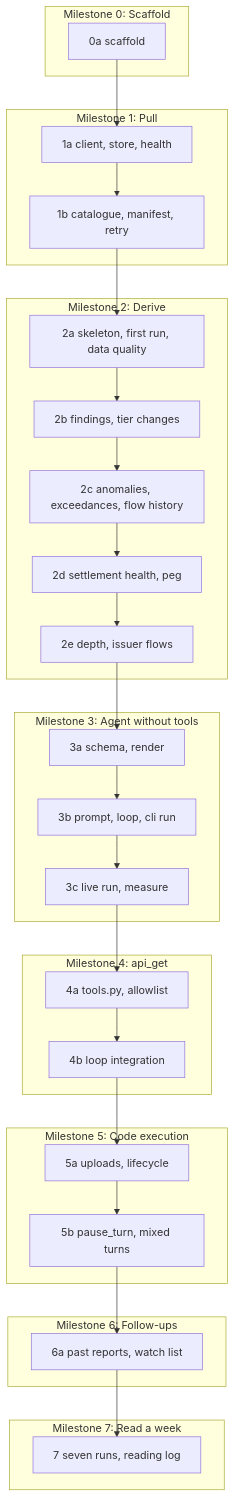
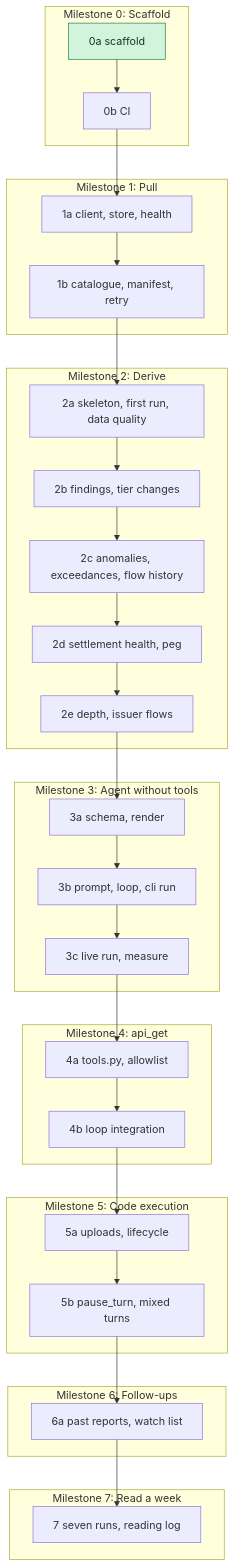
The diagram in docs/BUILD-PLAN.md (Jason-Dorman/agentic-liquidity-app-reporter), drawn with Mermaid before and after one commit. The commit also changed other lines of this file and 4 other files, not shown here.

````diff
--- a/docs/BUILD-PLAN.md
+++ b/docs/BUILD-PLAN.md
@@ -12,38 +12,42 @@
 ```mermaid
 flowchart TD
     subgraph M0["Milestone 0: Scaffold"]
-        P0a["0a scaffold"]
+        P0a["0a scaffold"] --> P0b["0b CI"]
     end
     subgraph M1["Milestone 1: Pull"]
         P1a["1a client, store, health"] --> P1b["1b catalogue, manifest, retry"]
     end
     subgraph M2["Milestone 2: Derive"]
         P2a["2a skeleton, first run, data quality"] --> P2b["2b findings, tier changes"]
         P2b --> P2c["2c anomalies, exceedances, flow history"]
         P2c --> P2d["2d settlement health, peg"]
         P2d --> P2e["2e depth, issuer flows"]
     end
     subgraph M3["Milestone 3: Agent without tools"]
         P3a["3a schema, render"] --> P3b["3b prompt, loop, cli run"]
         P3b --> P3c["3c live run, measure"]
     end
     subgraph M4["Milestone 4: api_get"]
         P4a["4a tools.py, allowlist"] --> P4b["4b loop integration"]
     end
     subgraph M5["Milestone 5: Code execution"]
         P5a["5a uploads, lifecycle"] --> P5b["5b pause_turn, mixed turns"]
     end
     subgraph M6["Milestone 6: Follow-ups"]
         P6a["6a past reports, watch list"]
     end
     subgraph M7["Milestone 7: Read a week"]
         P7["7 seven runs, reading log"]
     end
-    P0a --> P1a
+    P0b --> P1a
     P1b --> P2a
     P2e --> P3a
     P3c --> P4a
     P4b --> P5a
     P5b --> P6a
     P6a --> P7
+
+    classDef done fill:#d3f4dc,stroke:#1f7a3a,color:#0b3d1c
+    classDef progress fill:#fff2cc,stroke:#a67c00,color:#3d2e00
+    class P0a done
 ```
````
